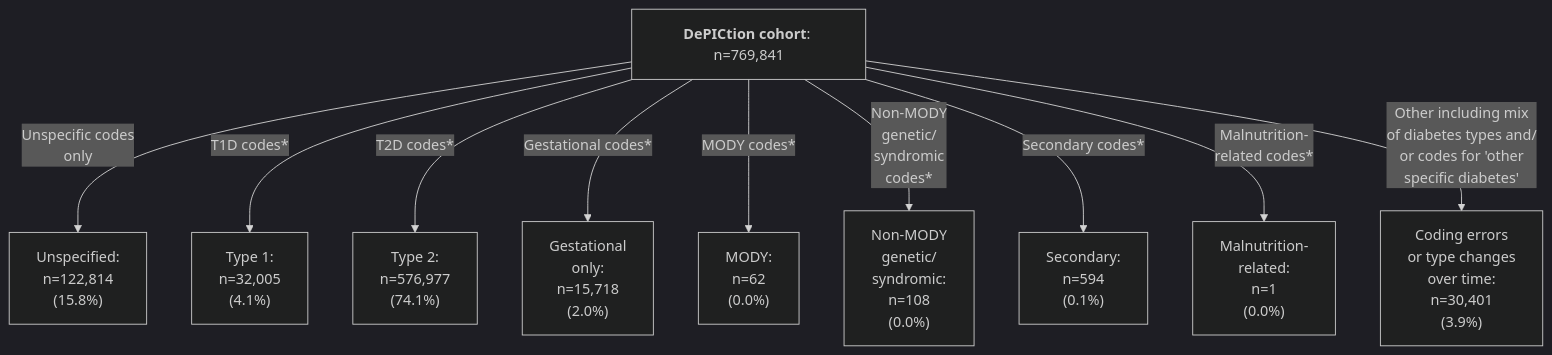
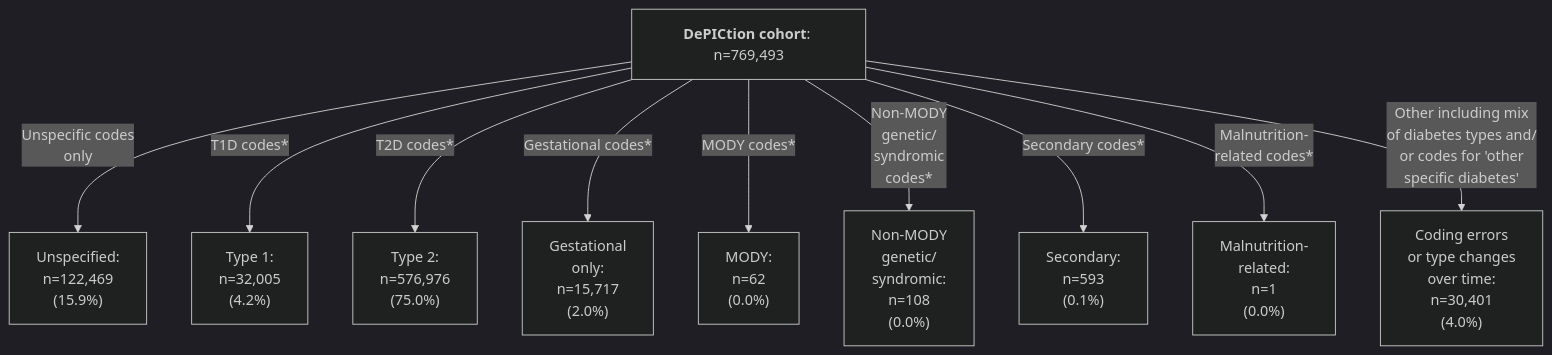
One commit to Exeter-Diabetes/CPRD-Katie-DePICtion-Scripts changed the second of 2 diagrams in README.md. Above: the diagram before and after it, drawn with Mermaid (dark theme).

````diff
--- a/README.md
+++ b/README.md
@@ -53,12 +53,12 @@
 ```mermaid
 graph TD;
-    A["<b>DePICtion cohort</b>: n=769,841"] --> |"Unspecific codes <br>only"| B["Unspecified: <br>n=122,814 <br>(15.8%)"]
-    A --> |"T1D codes*"| C["Type 1: <br>n=32,005 <br>(4.1%)"]
-    A --> |"T2D codes*"| D["Type 2: <br>n=576,977 <br>(74.1%)"]
-    A --> |"Gestational codes*"| E["Gestational <br>only: <br>n=15,718 <br>(2.0%)"]
+    A["<b>DePICtion cohort</b>: n=769,493"] --> |"Unspecific codes <br>only"| B["Unspecified: <br>n=122,469 <br>(15.9%)"]
+    A --> |"T1D codes*"| C["Type 1: <br>n=32,005 <br>(4.2%)"]
+    A --> |"T2D codes*"| D["Type 2: <br>n=576,976 <br>(75.0%)"]
+    A --> |"Gestational codes*"| E["Gestational <br>only: <br>n=15,717 <br>(2.0%)"]
     A --> |"MODY codes*"| G["MODY: <br>n=62 <br>(0.0%)"]
     A --> |"Non-MODY <br>genetic/<br>syndromic <br>codes*"| H["Non-MODY <br>genetic/<br>syndromic: <br>n=108 <br>(0.0%)"]
-    A --> |"Secondary codes*"| I["Secondary: <br>n=594 <br>(0.1%)"]
+    A --> |"Secondary codes*"| I["Secondary: <br>n=593 <br>(0.1%)"]
     A --> |"Malnutrition-<br>related codes*"| J["Malnutrition-<br>related: <br>n=1 <br>(0.0%)"]
-    A --> |"Other including mix <br>of diabetes types and/<br>or codes for 'other <br>specific diabetes'"| K["Coding errors <br>or type changes<br> over time: <br>n=30,401 <br>(3.9%)"]
+    A --> |"Other including mix <br>of diabetes types and/<br>or codes for 'other <br>specific diabetes'"| K["Coding errors <br>or type changes<br> over time: <br>n=30,401 <br>(4.0%)"]
 ```
````
